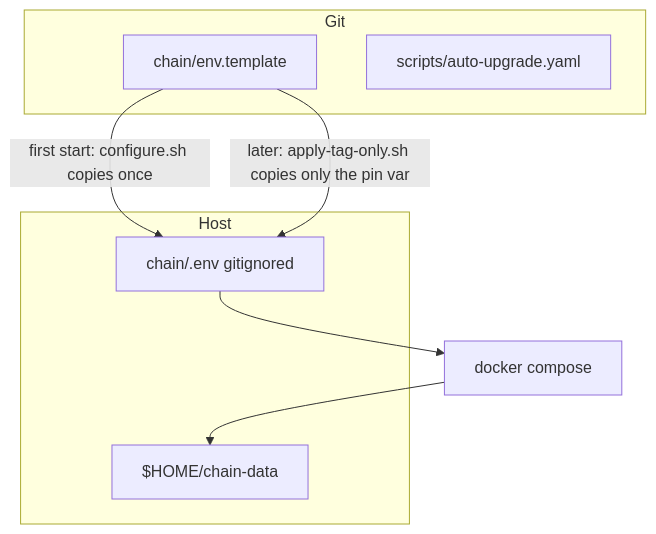
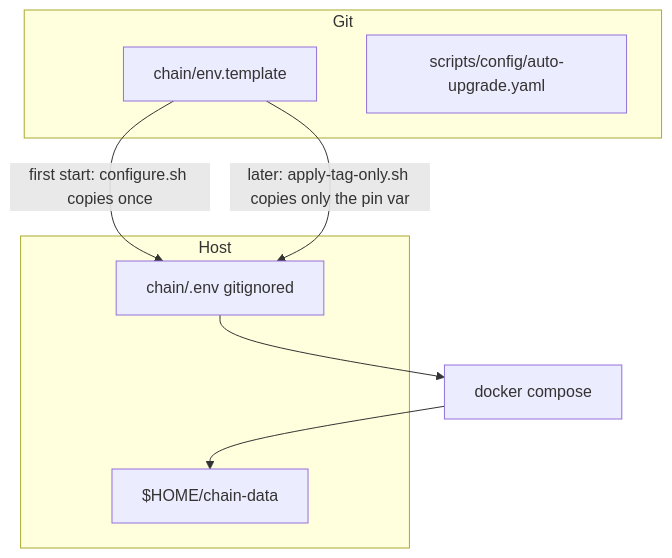
One commit to w3arise/blockchain-rpc-nodes changed the third of 5 diagrams in AUTO_UPGRADES.md. Above: the diagram before and after it, drawn with Mermaid. The commit also changed other lines of this file and 8 other files, not shown here.

First line of the commit message:
Move auto-upgrade allowlist to scripts/config (#52)

````diff
--- a/AUTO_UPGRADES.md
+++ b/AUTO_UPGRADES.md
@@ -156,17 +156,17 @@
 ```mermaid
 flowchart TB
   subgraph gitRepo [Git]
     template[chain/env.template]
-    yaml[scripts/auto-upgrade.yaml]
+    yaml[scripts/config/auto-upgrade.yaml]
   end
 
   subgraph hostDisk [Host]
     dotenv[chain/.env gitignored]
     datadir["$HOME/chain-data"]
   end
 
   template -->|"first start: configure.sh copies once"| dotenv
   template -->|"later: apply-tag-only.sh copies only the pin var"| dotenv
   dotenv --> compose[docker compose]
   compose --> datadir
 ```
````
